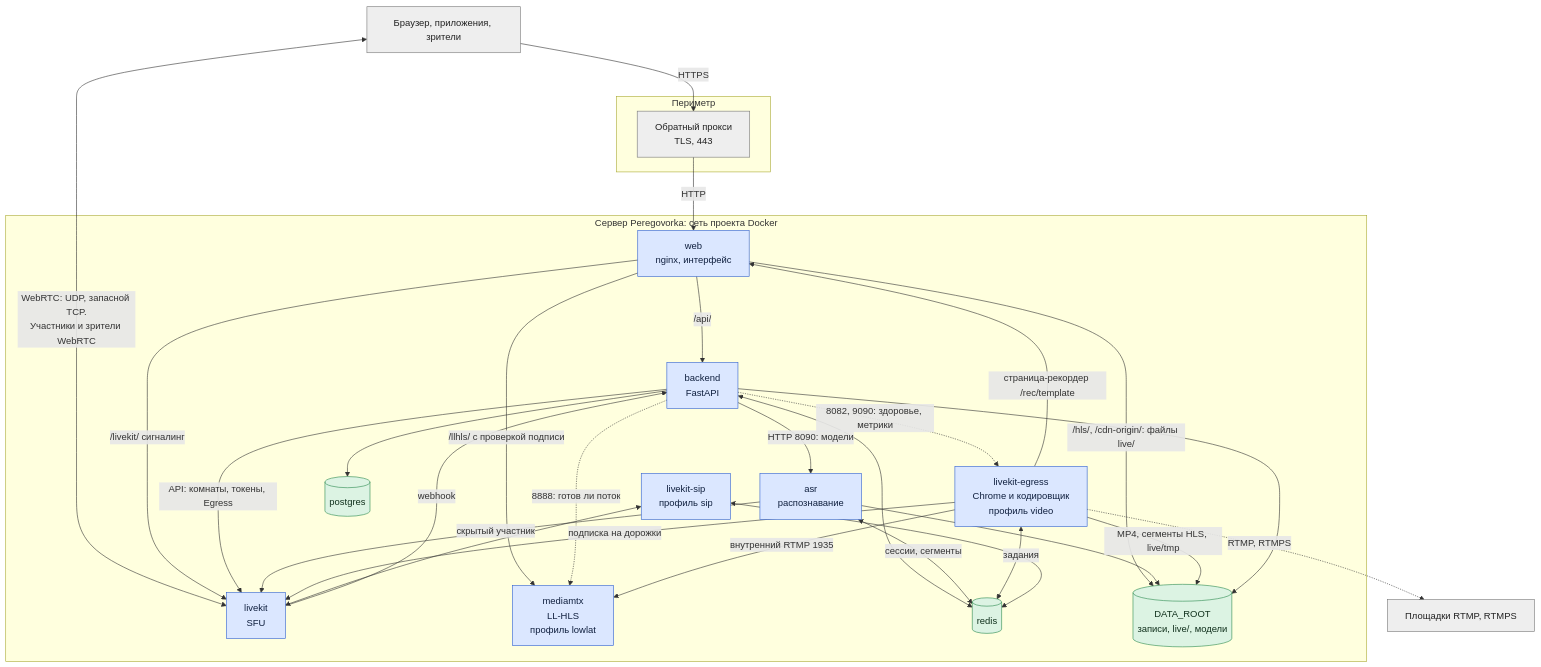
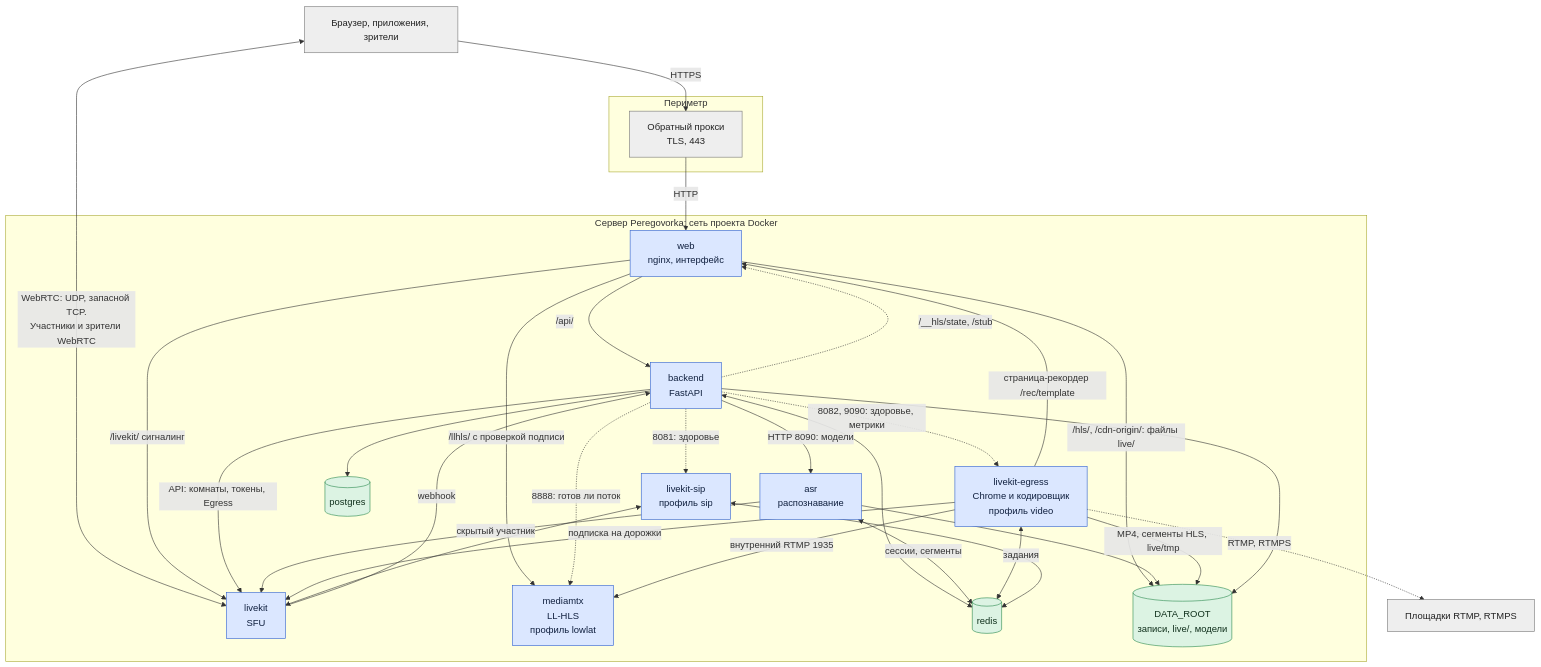
The second of 2 diagrams in wiki/Архитектура-Контекст-и-контейнеры.md (calleograph/peregovorka), drawn with Mermaid before and after one commit. The commit also changed other lines of this file and 73 other files, not shown here.

````diff
--- a/wiki/Архитектура-Контекст-и-контейнеры.md
+++ b/wiki/Архитектура-Контекст-и-контейнеры.md
@@ -78,49 +78,51 @@
 ```mermaid
 flowchart TB
   CL["Браузер, приложения, зрители"]:::ext
   subgraph P["Периметр"]
     RP["Обратный прокси<br/>TLS, 443"]:::ext
   end
   subgraph H["Сервер Peregovorka: сеть проекта Docker"]
     W["web<br/>nginx, интерфейс"]:::own
     B["backend<br/>FastAPI"]:::own
     LK["livekit<br/>SFU"]:::own
     A["asr<br/>распознавание"]:::own
     E["livekit-egress<br/>Chrome и кодировщик<br/>профиль video"]:::own
     M["mediamtx<br/>LL-HLS<br/>профиль lowlat"]:::own
     S["livekit-sip<br/>профиль sip"]:::own
     PG[("postgres")]:::data
     R[("redis")]:::data
     F[("DATA_ROOT<br/>записи, live/, модели")]:::data
   end
   PL["Площадки RTMP, RTMPS"]:::ext
   CL -->|"HTTPS"| RP
   RP -->|"HTTP"| W
   CL <-->|"WebRTC: UDP, запасной TCP.<br/>Участники и зрители WebRTC"| LK
   W -->|"/api/"| B
   W -->|"/livekit/ сигналинг"| LK
   W -->|"/llhls/ с проверкой подписи"| M
   W -->|"/hls/, /cdn-origin/: файлы live/"| F
   B --> PG
   B <--> R
   B -->|"API: комнаты, токены, Egress"| LK
   LK -->|"webhook"| B
   B -->|"HTTP 8090: модели"| A
   B -.->|"8888: готов ли поток"| M
   B -.->|"8082, 9090: здоровье, метрики"| E
+  B -.->|"8081: здоровье"| S
+  B -.->|"/__hls/state, /stub"| W
   A <-->|"сессии, сегменты"| R
   A -->|"скрытый участник"| LK
   A --> F
   E -->|"страница-рекордер /rec/template"| W
   E -->|"подписка на дорожки"| LK
   E <-->|"задания"| R
   E -->|"внутренний RTMP 1935"| M
   E -->|"MP4, сегменты HLS, live/tmp"| F
   E -.->|"RTMP, RTMPS"| PL
   S <--> LK
   S <--> R
   B --> F
   classDef own fill:#dbe7ff,stroke:#2f5fd0,color:#10203f
   classDef data fill:#dcf3e3,stroke:#2b8a4e,color:#10301c
   classDef ext fill:#eee,stroke:#777,color:#222
 ```
````
